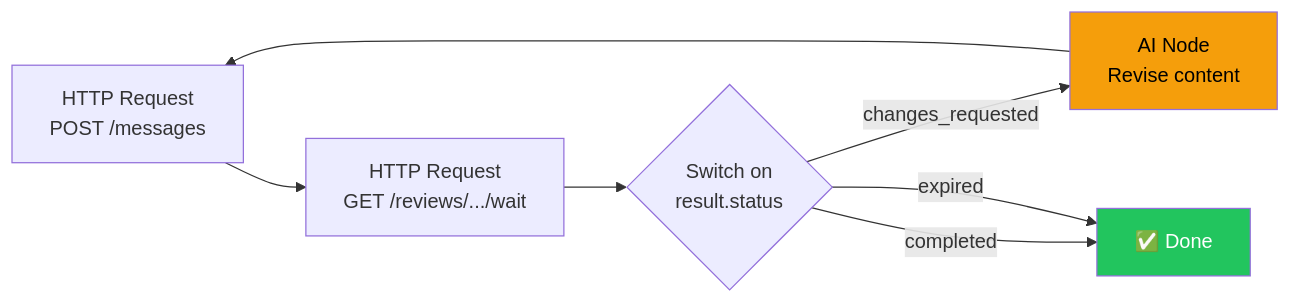
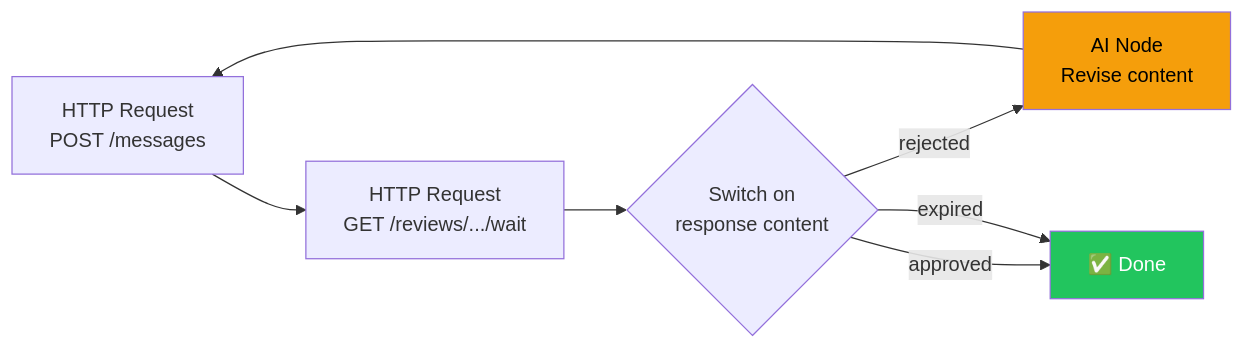
One commit to placet-io/placet changed the fourth of 4 diagrams in docs/concepts/iterations.mdx. Above: the diagram before and after it, drawn with Mermaid. The commit also changed other lines of this file and 20 other files, not shown here.

Commit message:
refactor: remove 'changes_requested' status and update review response handling (#12)

````diff
--- a/docs/concepts/iterations.mdx
+++ b/docs/concepts/iterations.mdx
@@ -433,16 +428,16 @@
 ```mermaid
 flowchart LR
     Send["HTTP Request<br/>POST /messages"]
     Wait["HTTP Request<br/>GET /reviews/.../wait"]
-    Switch{"Switch on<br/>result.status"}
+    Switch{"Switch on<br/>response content"}
     Revise["AI Node<br/>Revise content"]
     Done["✅ Done"]
 
     Send --> Wait --> Switch
-    Switch -->|changes_requested| Revise --> Send
-    Switch -->|completed| Done
+    Switch -->|rejected| Revise --> Send
+    Switch -->|approved| Done
     Switch -->|expired| Done
 
     style Done fill:#22c55e,color:#fff
     style Revise fill:#f59e0b,color:#000
 ```
````
